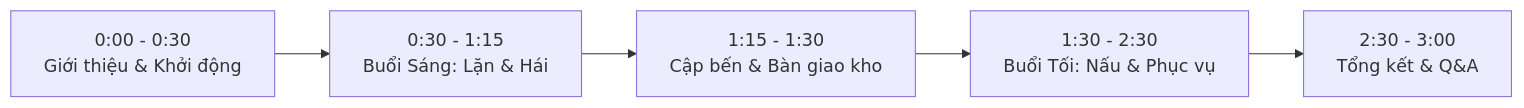
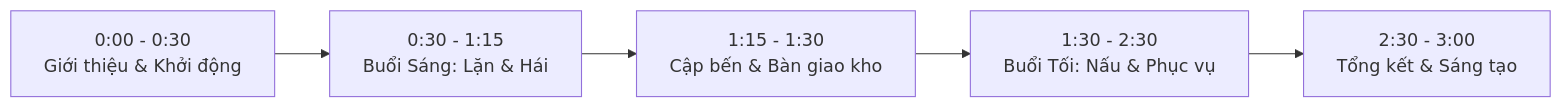
The diagram in docs/demo.md (PH31M/K5-L3B-LAB-Day12-AI-SDLC-MMMMV), drawn with Mermaid before and after one commit. The commit also changed other lines of this file and 5 other files, not shown here.

````diff
--- a/docs/demo.md
+++ b/docs/demo.md
@@ -10,7 +10,7 @@
 ```mermaid
 flowchart LR
     A["0:00 - 0:30\nGiới thiệu & Khởi động"] --> B["0:30 - 1:15\nBuổi Sáng: Lặn & Hái"]
     B --> C["1:15 - 1:30\nCập bến & Bàn giao kho"]
     C --> D["1:30 - 2:30\nBuổi Tối: Nấu & Phục vụ"]
-    D --> E["2:30 - 3:00\nTổng kết & Q&A"]
+    D --> E["2:30 - 3:00\nTổng kết & Sáng tạo"]
 ```
````
